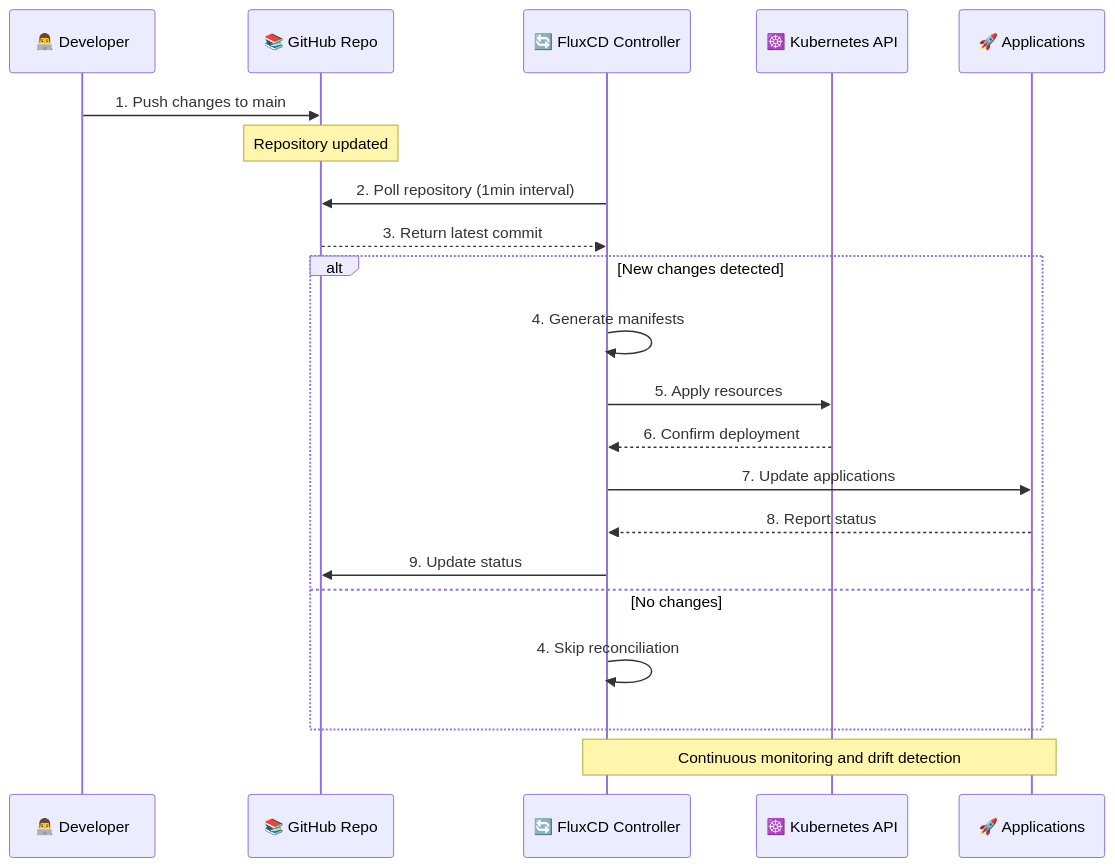
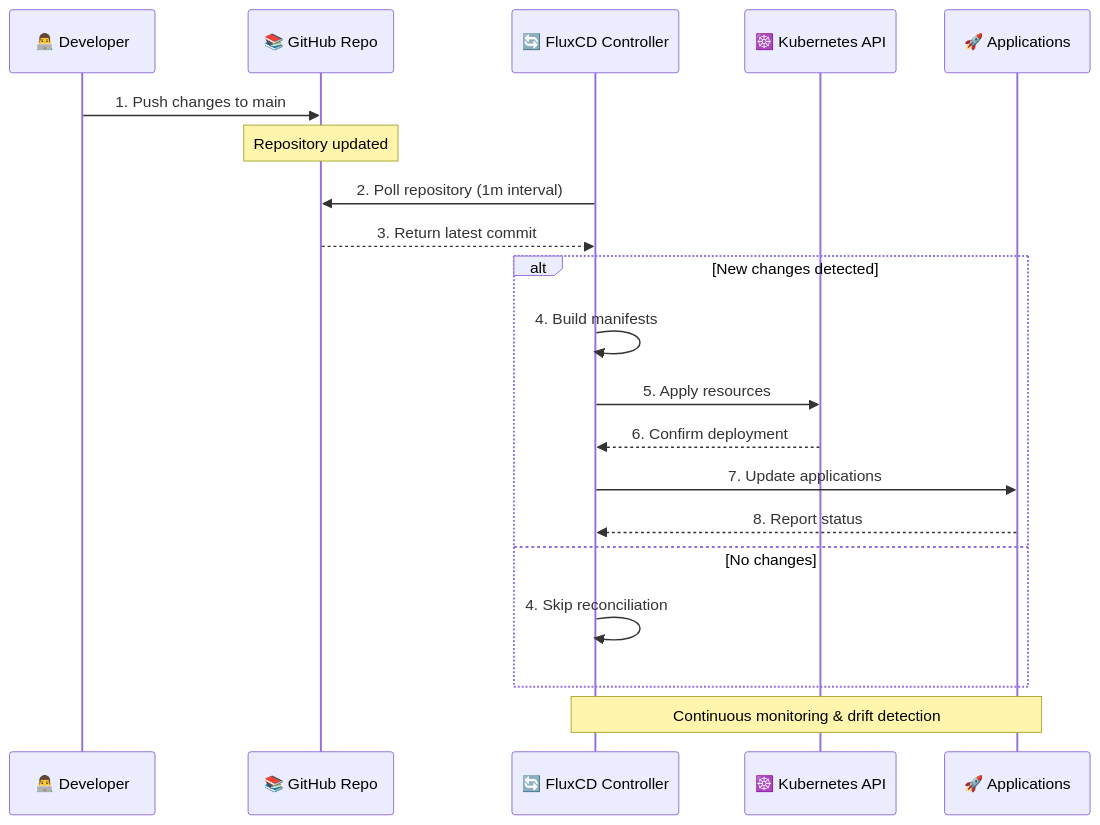
Before and after one commit to yuandrk/homelabops: the fourth of 6 diagrams in docs/architecture-diagrams.md, drawn with Mermaid. The commit also changed other lines of this file, not shown here.

First line of the commit message:
docs(architecture): correct diagrams to reflect current cluster

````diff
--- a/docs/architecture-diagrams.md
+++ b/docs/architecture-diagrams.md
@@ -239,29 +252,27 @@
 ```mermaid
 sequenceDiagram
     participant Dev as 👨‍💻 Developer
     participant GitHub as 📚 GitHub Repo
     participant FluxCD as 🔄 FluxCD Controller
     participant K8s as ☸️ Kubernetes API
     participant Apps as 🚀 Applications
 
     Dev->>GitHub: 1. Push changes to main
     Note over GitHub: Repository updated
-    
-    FluxCD->>GitHub: 2. Poll repository (1min interval)
+
+    FluxCD->>GitHub: 2. Poll repository (1m interval)
     GitHub-->>FluxCD: 3. Return latest commit
-    
+
     alt New changes detected
-        FluxCD->>FluxCD: 4. Generate manifests
+        FluxCD->>FluxCD: 4. Build manifests
         FluxCD->>K8s: 5. Apply resources
         K8s-->>FluxCD: 6. Confirm deployment
-        
+
         FluxCD->>Apps: 7. Update applications
         Apps-->>FluxCD: 8. Report status
-        
-        FluxCD->>GitHub: 9. Update status
     else No changes
         FluxCD->>FluxCD: 4. Skip reconciliation
     end
-    
-    Note over FluxCD,Apps: Continuous monitoring and drift detection
+
+    Note over FluxCD,Apps: Continuous monitoring & drift detection
 ```
````
